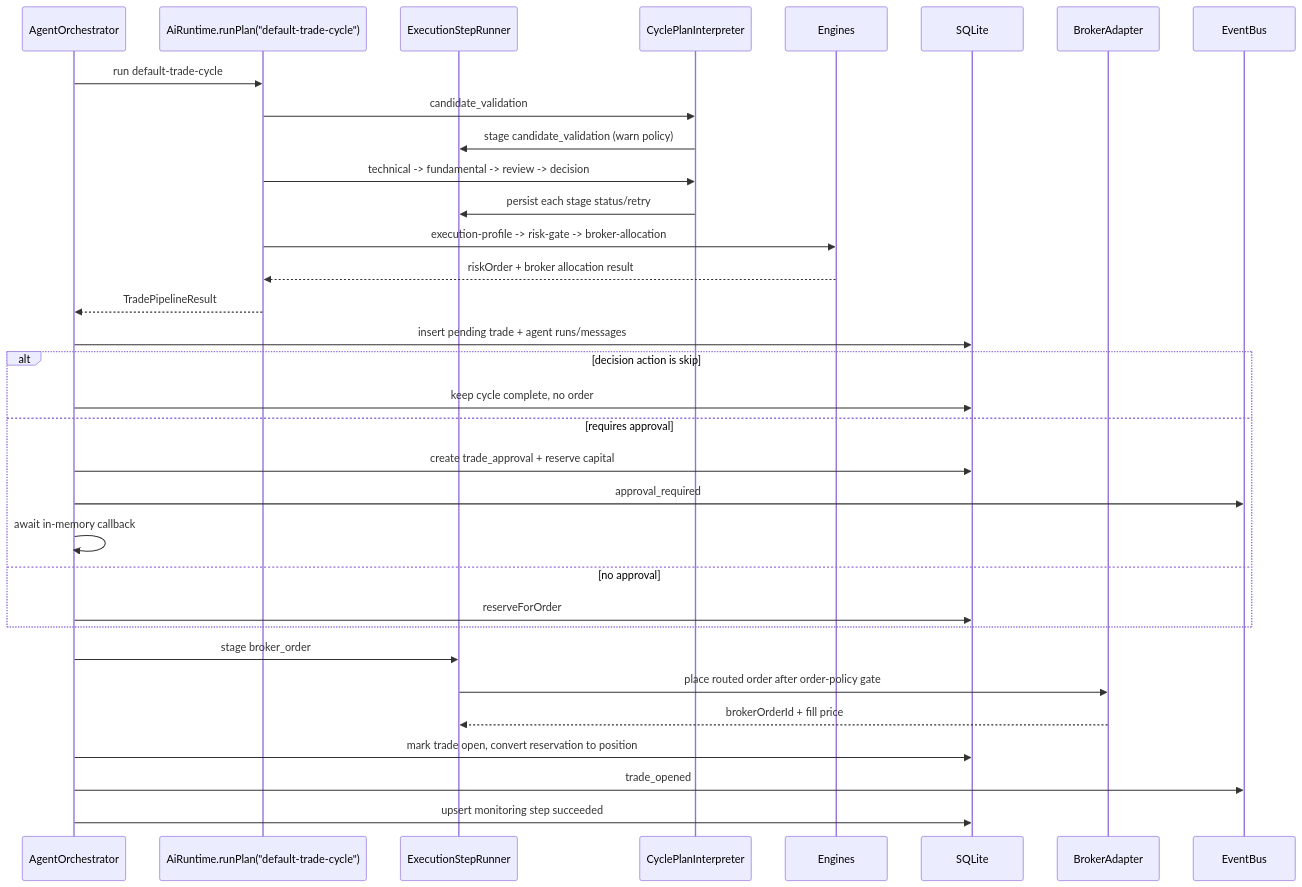
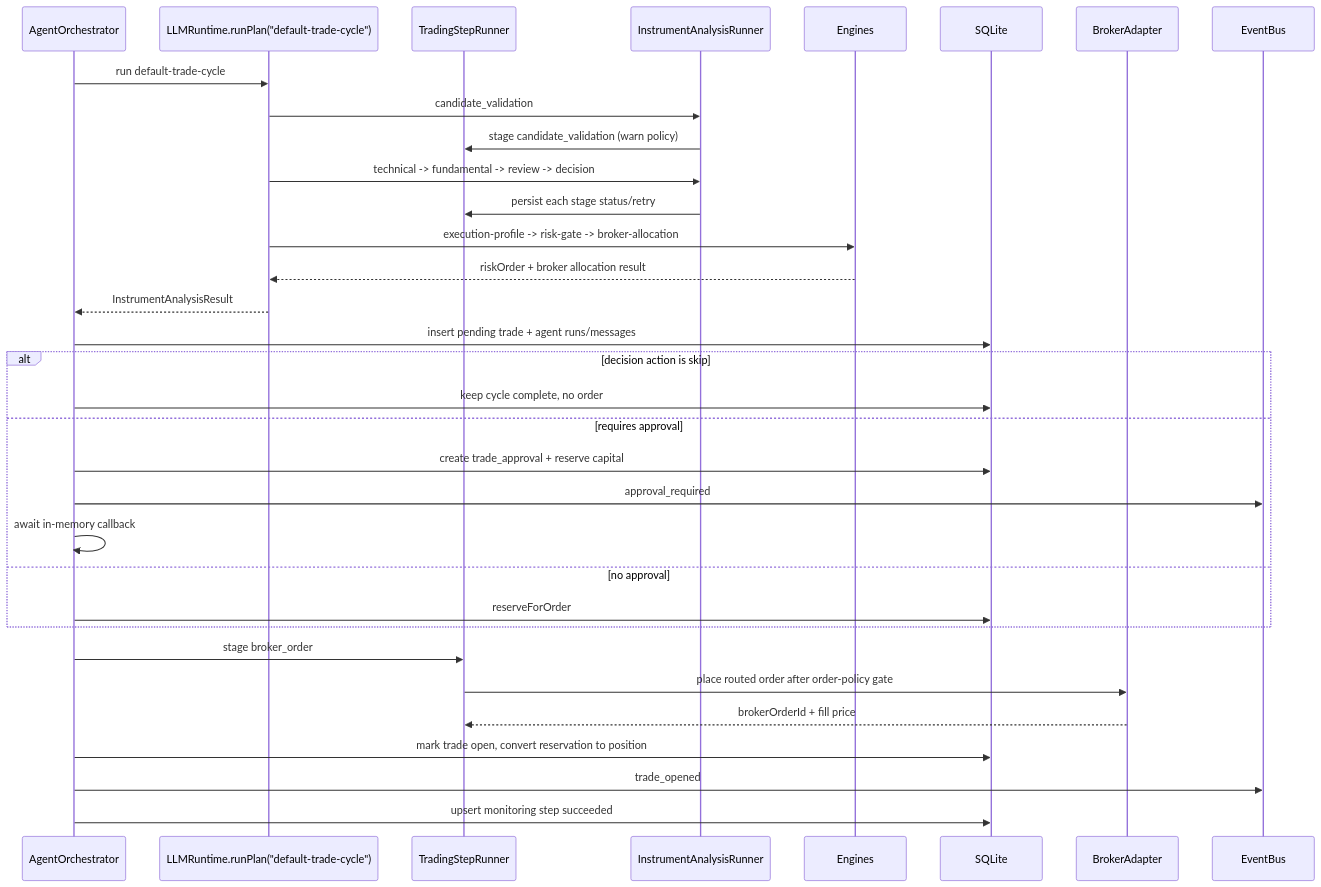
Before and after one commit to KennethAtchon/Exva: the seventh of 16 diagrams in docs/architecture/ai-runtime.md, drawn with Mermaid. The commit also changed other lines of this file and 206 other files, not shown here.

````diff
--- a/docs/architecture/ai-runtime.md
+++ b/docs/architecture/ai-runtime.md
@@ -313,36 +313,36 @@
 ```mermaid
 sequenceDiagram
     participant AO as AgentOrchestrator
-    participant AI as AiRuntime.runPlan("default-trade-cycle")
-    participant ESR as ExecutionStepRunner
-    participant Plan as CyclePlanInterpreter
+    participant AI as LLMRuntime.runPlan("default-trade-cycle")
+    participant ESR as TradingStepRunner
+    participant Plan as InstrumentAnalysisRunner
     participant Gate as Engines
     participant DB as SQLite
     participant Broker as BrokerAdapter
     participant EB as EventBus
 
     AO->>AI: run default-trade-cycle
     AI->>Plan: candidate_validation
     Plan->>ESR: stage candidate_validation (warn policy)
     AI->>Plan: technical -> fundamental -> review -> decision
     Plan->>ESR: persist each stage status/retry
     AI->>Gate: execution-profile -> risk-gate -> broker-allocation
     Gate-->>AI: riskOrder + broker allocation result
-    AI-->>AO: TradePipelineResult
+    AI-->>AO: InstrumentAnalysisResult
     AO->>DB: insert pending trade + agent runs/messages
     alt decision action is skip
         AO->>DB: keep cycle complete, no order
     else requires approval
         AO->>DB: create trade_approval + reserve capital
         AO->>EB: approval_required
         AO->>AO: await in-memory callback
     else no approval
         AO->>DB: reserveForOrder
     end
     AO->>ESR: stage broker_order
     ESR->>Broker: place routed order after order-policy gate
     Broker-->>ESR: brokerOrderId + fill price
     AO->>DB: mark trade open, convert reservation to position
     AO->>EB: trade_opened
     AO->>DB: upsert monitoring step succeeded
 ```
````
